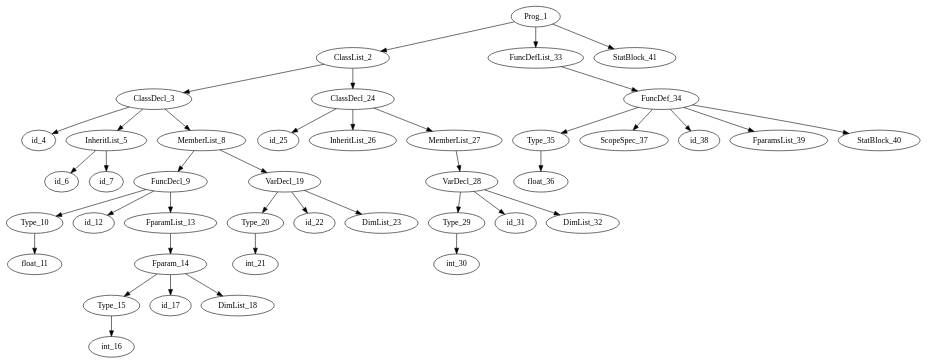
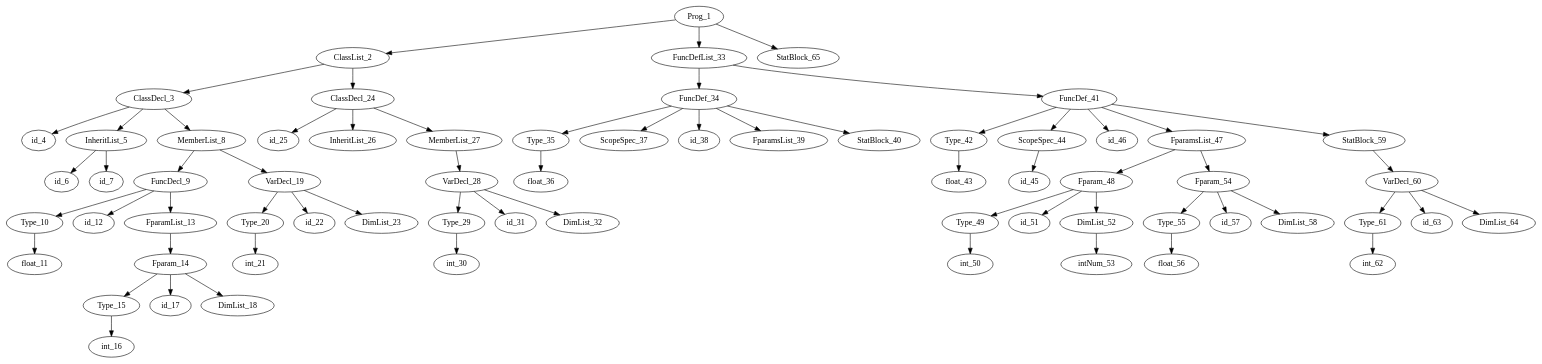
The diagram in refactor/graph.dot (McGiver-/Compiler), drawn with Graphviz before and after one commit. The commit also changed 3 other files, not shown here.

```diff
--- a/refactor/graph.dot
+++ b/refactor/graph.dot
@@ -1,84 +1,132 @@
 digraph ast {
 	Prog_1->ClassList_2;
 	ClassList_2->ClassDecl_3;
 	ClassDecl_3->id_4;
 	ClassDecl_3->InheritList_5;
 	InheritList_5->id_6;
 	InheritList_5->id_7;
 	ClassDecl_3->MemberList_8;
 	MemberList_8->FuncDecl_9;
 	FuncDecl_9->Type_10;
 	Type_10->float_11;
 	FuncDecl_9->id_12;
 	FuncDecl_9->FparamList_13;
 	FparamList_13->Fparam_14;
 	Fparam_14->Type_15;
 	Type_15->int_16;
 	Fparam_14->id_17;
 	Fparam_14->DimList_18;
 	MemberList_8->VarDecl_19;
 	VarDecl_19->Type_20;
 	Type_20->int_21;
 	VarDecl_19->id_22;
 	VarDecl_19->DimList_23;
 	ClassList_2->ClassDecl_24;
 	ClassDecl_24->id_25;
 	ClassDecl_24->InheritList_26;
 	ClassDecl_24->MemberList_27;
 	MemberList_27->VarDecl_28;
 	VarDecl_28->Type_29;
 	Type_29->int_30;
 	VarDecl_28->id_31;
 	VarDecl_28->DimList_32;
 	Prog_1->FuncDefList_33;
 	FuncDefList_33->FuncDef_34;
 	FuncDef_34->Type_35;
 	Type_35->float_36;
 	FuncDef_34->ScopeSpec_37;
 	FuncDef_34->id_38;
 	FuncDef_34->FparamsList_39;
 	FuncDef_34->StatBlock_40;
-	Prog_1->StatBlock_41;
+	FuncDefList_33->FuncDef_41;
+	FuncDef_41->Type_42;
+	Type_42->float_43;
+	FuncDef_41->ScopeSpec_44;
+	ScopeSpec_44->id_45;
+	FuncDef_41->id_46;
+	FuncDef_41->FparamsList_47;
+	FparamsList_47->Fparam_48;
+	Fparam_48->Type_49;
+	Type_49->int_50;
+	Fparam_48->id_51;
+	Fparam_48->DimList_52;
+	DimList_52->intNum_53;
+	FparamsList_47->Fparam_54;
+	Fparam_54->Type_55;
+	Type_55->float_56;
+	Fparam_54->id_57;
+	Fparam_54->DimList_58;
+	FuncDef_41->StatBlock_59;
+	StatBlock_59->VarDecl_60;
+	VarDecl_60->Type_61;
+	Type_61->int_62;
+	VarDecl_60->id_63;
+	VarDecl_60->DimList_64;
+	Prog_1->StatBlock_65;
 	ClassDecl_24;
 	ClassDecl_3;
 	ClassList_2;
 	DimList_18;
 	DimList_23;
 	DimList_32;
+	DimList_52;
+	DimList_58;
+	DimList_64;
 	FparamList_13;
 	Fparam_14;
+	Fparam_48;
+	Fparam_54;
 	FparamsList_39;
+	FparamsList_47;
 	FuncDecl_9;
 	FuncDefList_33;
 	FuncDef_34;
+	FuncDef_41;
 	InheritList_26;
 	InheritList_5;
 	MemberList_27;
 	MemberList_8;
 	Prog_1;
 	ScopeSpec_37;
+	ScopeSpec_44;
 	StatBlock_40;
-	StatBlock_41;
+	StatBlock_59;
+	StatBlock_65;
 	Type_10;
 	Type_15;
 	Type_20;
 	Type_29;
 	Type_35;
+	Type_42;
+	Type_49;
+	Type_55;
+	Type_61;
 	VarDecl_19;
 	VarDecl_28;
+	VarDecl_60;
 	float_11;
 	float_36;
+	float_43;
+	float_56;
 	id_12;
 	id_17;
 	id_22;
 	id_25;
 	id_31;
 	id_38;
 	id_4;
+	id_45;
+	id_46;
+	id_51;
+	id_57;
 	id_6;
+	id_63;
 	id_7;
+	intNum_53;
 	int_16;
 	int_21;
 	int_30;
+	int_50;
+	int_62;
 
 }
```
